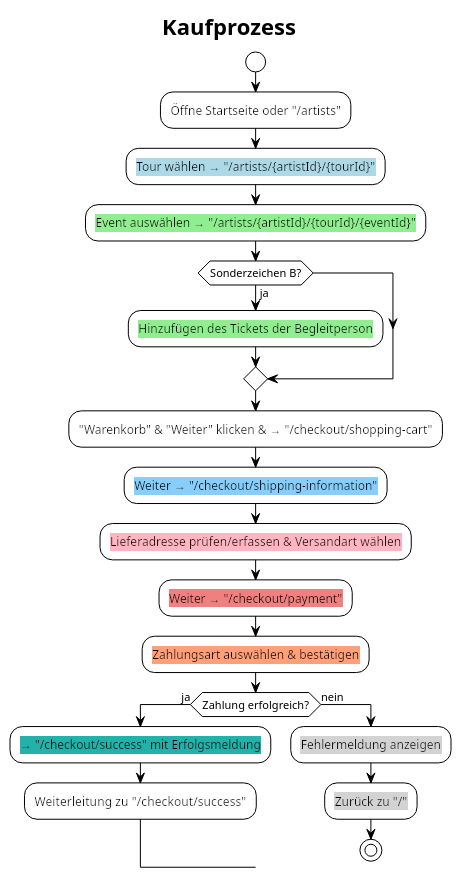
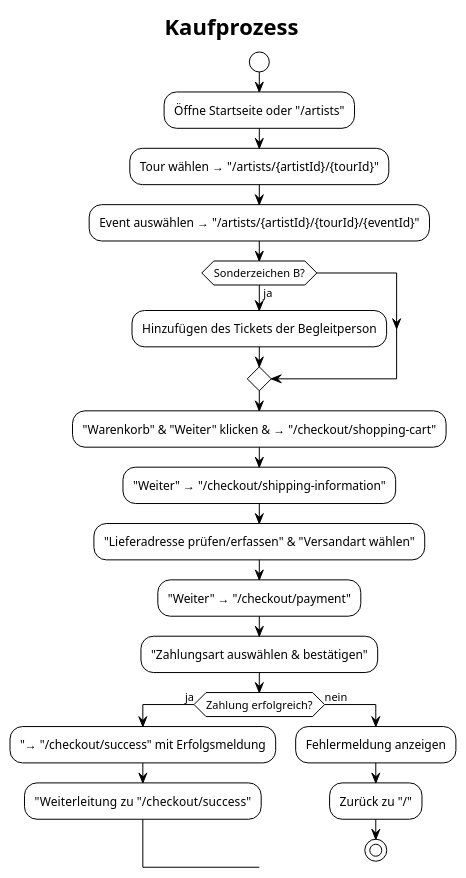
The diagram in diagrams/buying_tickets.puml (konzjulianprivat/EventimDisabilityIntegration), drawn with PlantUML before and after one commit. The commit also changed 20 other files, not shown here.

```diff
--- a/diagrams/buying_tickets.puml
+++ b/diagrams/buying_tickets.puml
@@ -1,26 +1,26 @@
 @startuml
 title Kaufprozess
 
 !theme plain
 skinparam linetype ortho
 start
 
-:<back:White>Öffne Startseite oder "/artists";
-:<back:LightBlue>Tour wählen → "/artists/{artistId}/{tourId}";
-:<back:LightGreen>Event auswählen → "/artists/{artistId}/{tourId}/{eventId}";
+:Öffne Startseite oder "/artists";
+:Tour wählen → "/artists/{artistId}/{tourId}";
+:Event auswählen → "/artists/{artistId}/{tourId}/{eventId}";
 if (Sonderzeichen B?) then (ja)
-  :<back:LightGreen>Hinzufügen des Tickets der Begleitperson;
+  :Hinzufügen des Tickets der Begleitperson;
 endif
-:<back:LightOrange>"Warenkorb" & "Weiter" klicken & → "/checkout/shopping-cart";
-:<back:LightSkyBlue>Weiter → "/checkout/shipping-information";
-:<back:LightPink>Lieferadresse prüfen/erfassen & Versandart wählen;
-:<back:LightCoral>Weiter → "/checkout/payment";
-:<back:LightSalmon>Zahlungsart auswählen & bestätigen;
+:"Warenkorb" & "Weiter" klicken & → "/checkout/shopping-cart";
+:"Weiter" → "/checkout/shipping-information";
+:"Lieferadresse prüfen/erfassen" & "Versandart wählen";
+:"Weiter" → "/checkout/payment";
+:"Zahlungsart auswählen & bestätigen";
 if (Zahlung erfolgreich?) then (ja)
-  :<back:LightSeaGreen>→ "/checkout/success" mit Erfolgsmeldung;
-  :<back:Write>Weiterleitung zu  "/checkout/success";
+  :"→ "/checkout/success" mit Erfolgsmeldung;
+  :"Weiterleitung zu  "/checkout/success";
 else (nein)
-  :<back:LightGray>Fehlermeldung anzeigen;
-  :<back:LightGray>Zurück zu "/";
+  :Fehlermeldung anzeigen;
+  :Zurück zu "/";
 stop
 @enduml
```
